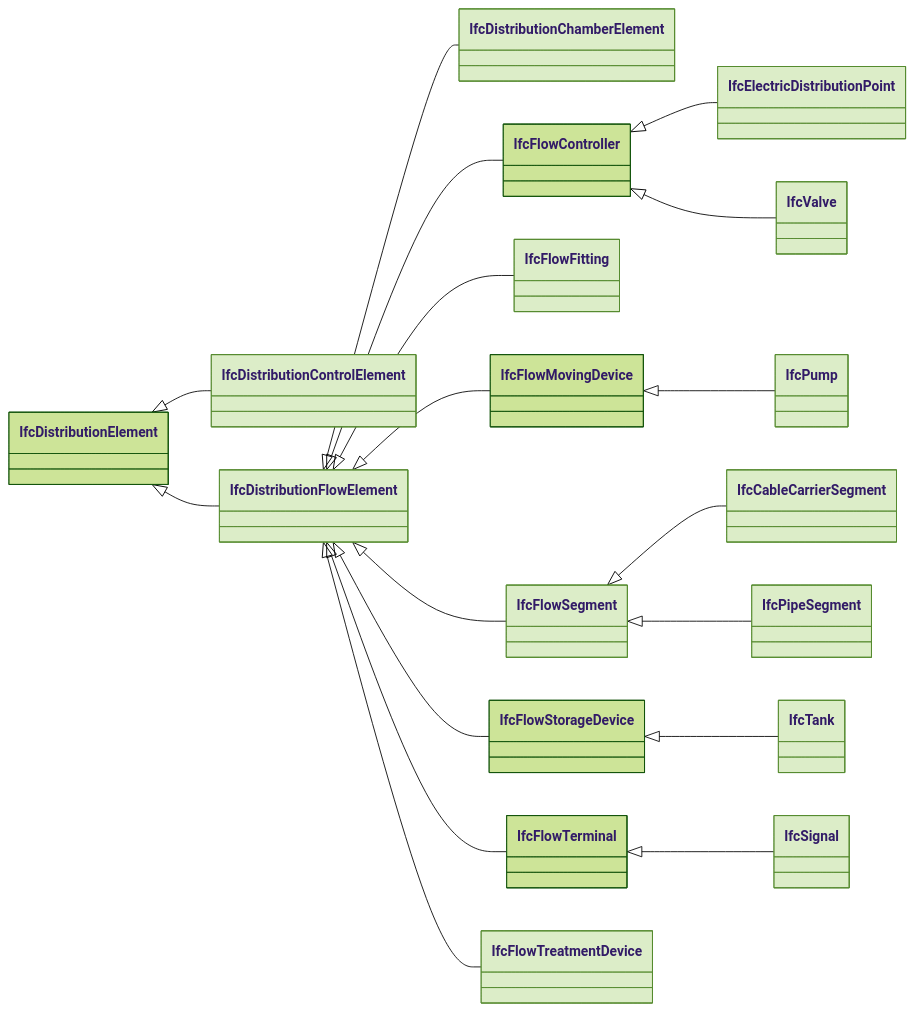
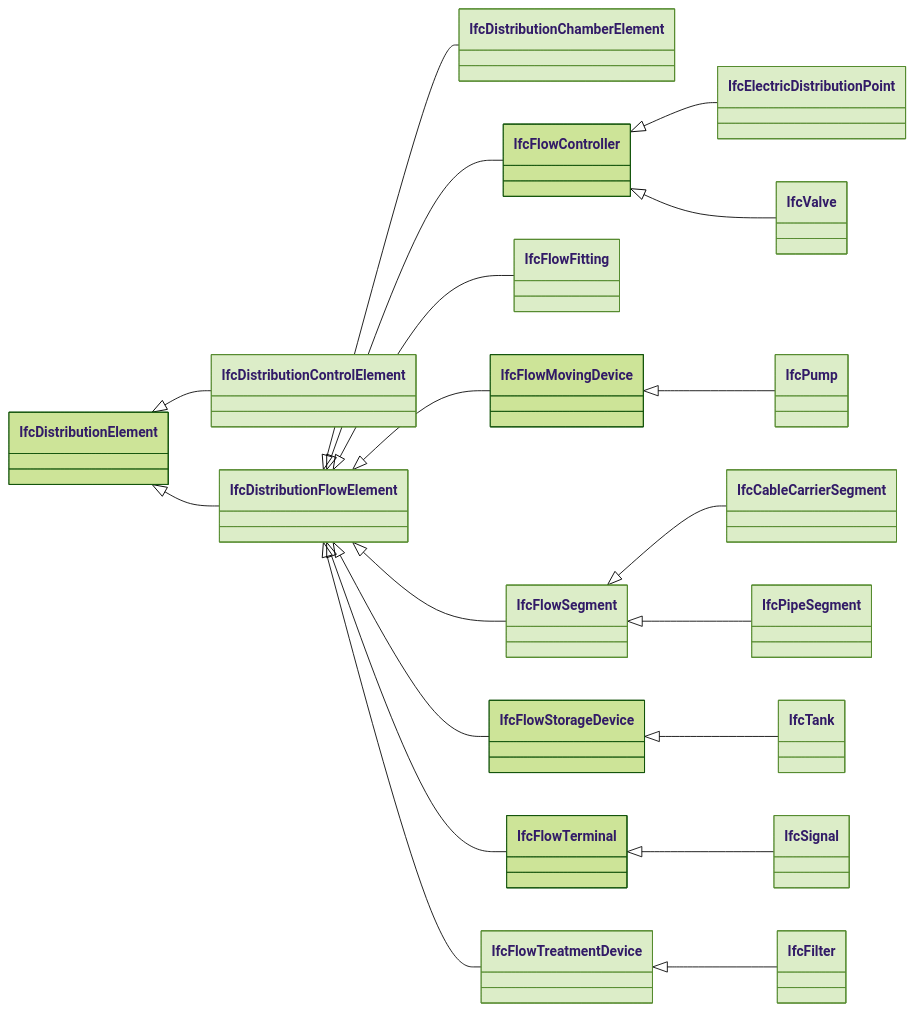
The third of 10 diagrams in docs/ifc/entities-genutzt.md (fabiologe/quagg_page_public), drawn with Mermaid (forest theme) before and after one commit. The commit also changed other lines of this file and 16 other files, not shown here.

````diff
--- a/docs/ifc/entities-genutzt.md
+++ b/docs/ifc/entities-genutzt.md
@@ -126,34 +126,36 @@
 ```mermaid
 classDiagram
   direction LR
   IfcDistributionElement <|-- IfcDistributionControlElement
   IfcDistributionElement <|-- IfcDistributionFlowElement
   IfcDistributionFlowElement <|-- IfcDistributionChamberElement
   IfcDistributionFlowElement <|-- IfcFlowController
   IfcDistributionFlowElement <|-- IfcFlowFitting
   IfcDistributionFlowElement <|-- IfcFlowMovingDevice
   IfcDistributionFlowElement <|-- IfcFlowSegment
   IfcDistributionFlowElement <|-- IfcFlowStorageDevice
   IfcDistributionFlowElement <|-- IfcFlowTerminal
   IfcDistributionFlowElement <|-- IfcFlowTreatmentDevice
   IfcFlowController <|-- IfcElectricDistributionPoint
   IfcFlowController <|-- IfcValve
   IfcFlowMovingDevice <|-- IfcPump
   IfcFlowSegment <|-- IfcCableCarrierSegment
   IfcFlowSegment <|-- IfcPipeSegment
   IfcFlowStorageDevice <|-- IfcTank
   IfcFlowTerminal <|-- IfcSignal
+  IfcFlowTreatmentDevice <|-- IfcFilter
   style IfcCableCarrierSegment fill:#dcedc8,stroke:#558b2f
   style IfcDistributionChamberElement fill:#dcedc8,stroke:#558b2f
   style IfcDistributionControlElement fill:#dcedc8,stroke:#558b2f
   style IfcDistributionFlowElement fill:#dcedc8,stroke:#558b2f
   style IfcElectricDistributionPoint fill:#dcedc8,stroke:#558b2f
+  style IfcFilter fill:#dcedc8,stroke:#558b2f
   style IfcFlowFitting fill:#dcedc8,stroke:#558b2f
   style IfcFlowSegment fill:#dcedc8,stroke:#558b2f
   style IfcFlowTreatmentDevice fill:#dcedc8,stroke:#558b2f
   style IfcPipeSegment fill:#dcedc8,stroke:#558b2f
   style IfcPump fill:#dcedc8,stroke:#558b2f
   style IfcSignal fill:#dcedc8,stroke:#558b2f
   style IfcTank fill:#dcedc8,stroke:#558b2f
   style IfcValve fill:#dcedc8,stroke:#558b2f
 ```
````
